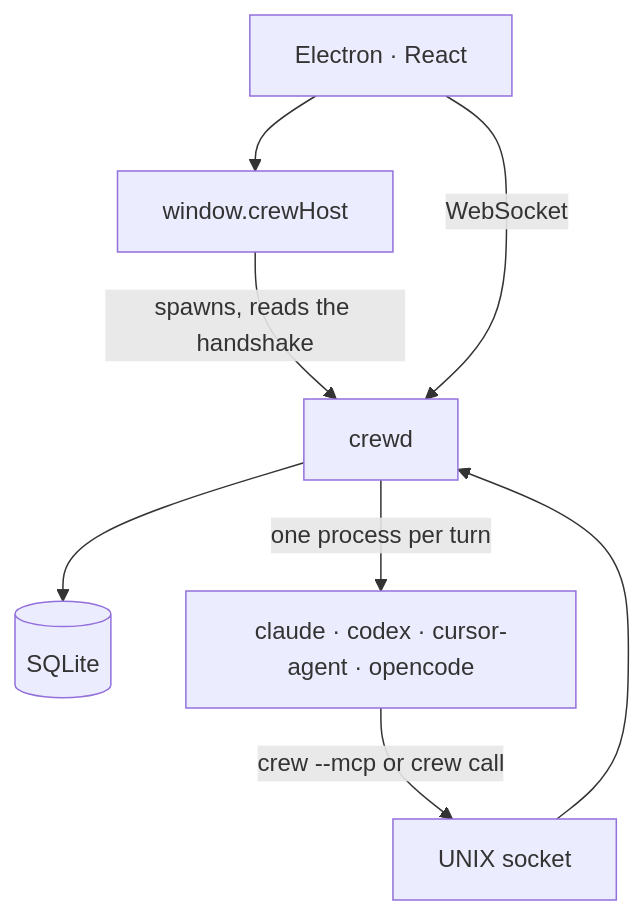
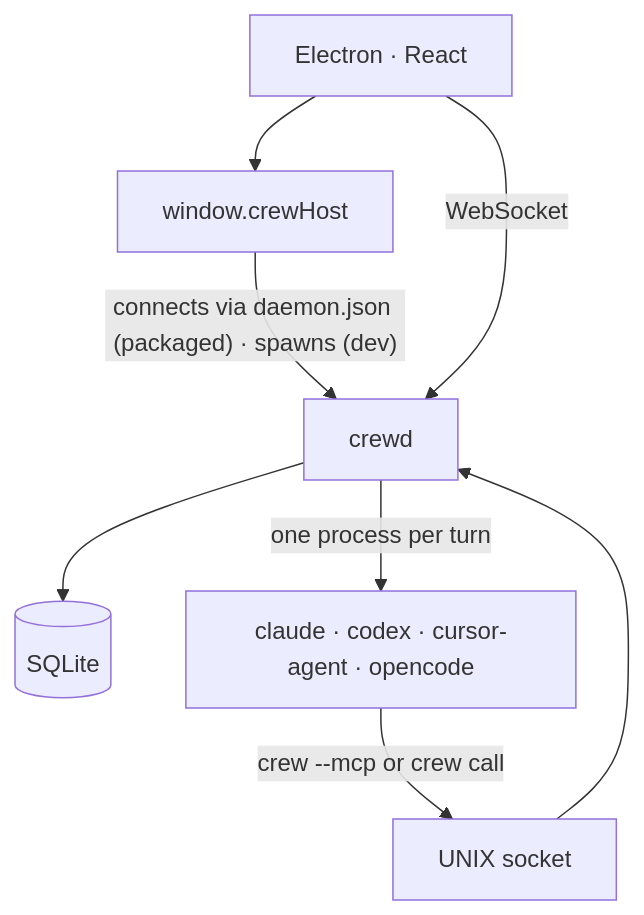
One commit to rogazth/crew changed the first of 3 diagrams in docs/ARCHITECTURE.md. Above: the diagram before and after it, drawn with Mermaid. The commit also changed other lines of this file and 13 other files, not shown here.

````diff
--- a/docs/ARCHITECTURE.md
+++ b/docs/ARCHITECTURE.md
@@ -5,17 +5,17 @@
 ```mermaid
 flowchart TB
   UI["Electron · React"]
   Host["window.crewHost"]
   Daemon["crewd"]
   Store[("SQLite")]
   CLI["claude · codex · cursor-agent · opencode"]
   Bridge["UNIX socket"]
 
   UI --> Host
-  Host -->|"spawns, reads the handshake"| Daemon
+  Host -->|"connects via daemon.json (packaged) · spawns (dev)"| Daemon
   UI -->|"WebSocket"| Daemon
   Daemon --> Store
   Daemon -->|"one process per turn"| CLI
   CLI -->|"crew --mcp or crew call"| Bridge
   Bridge --> Daemon
 ```
````
